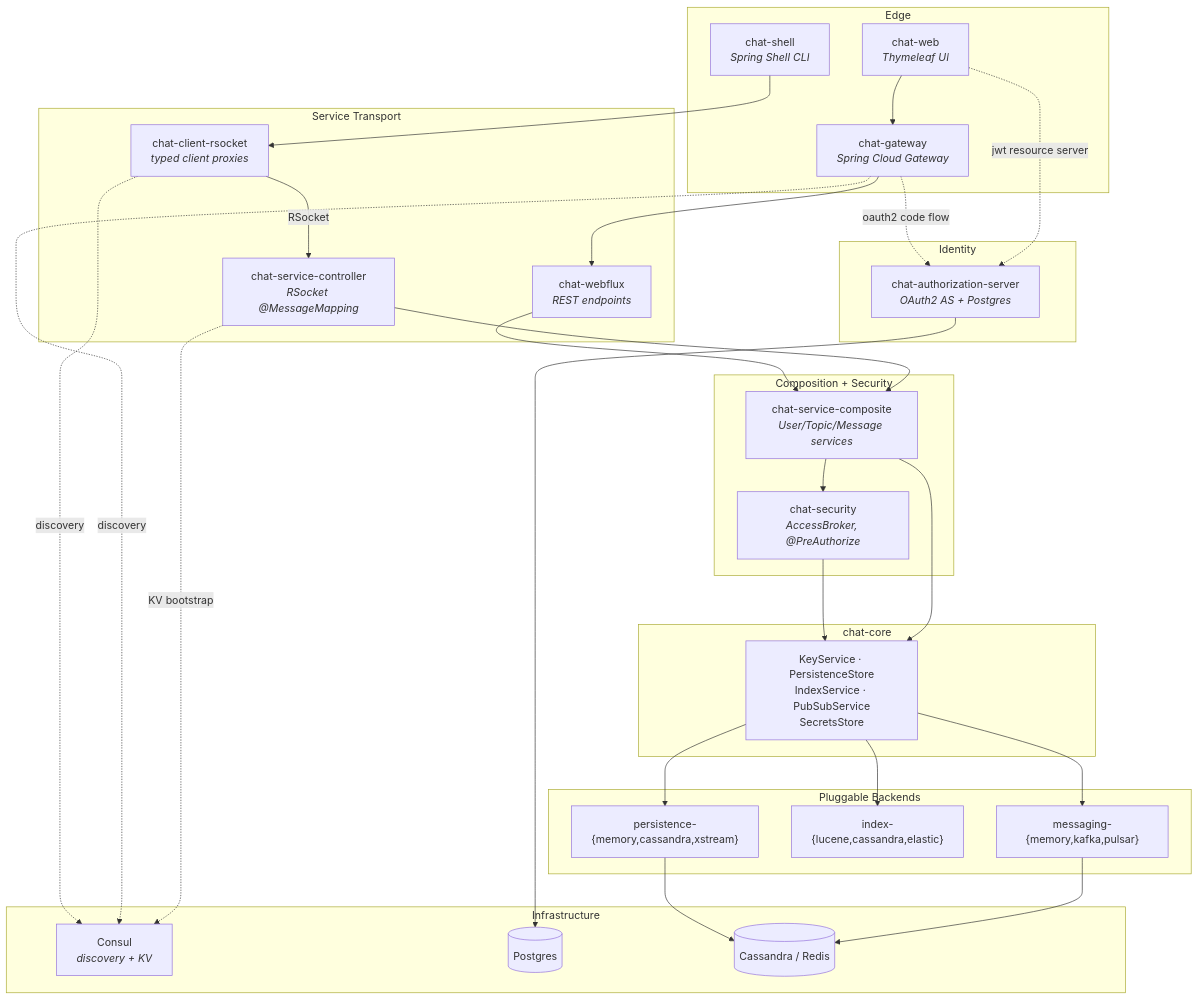
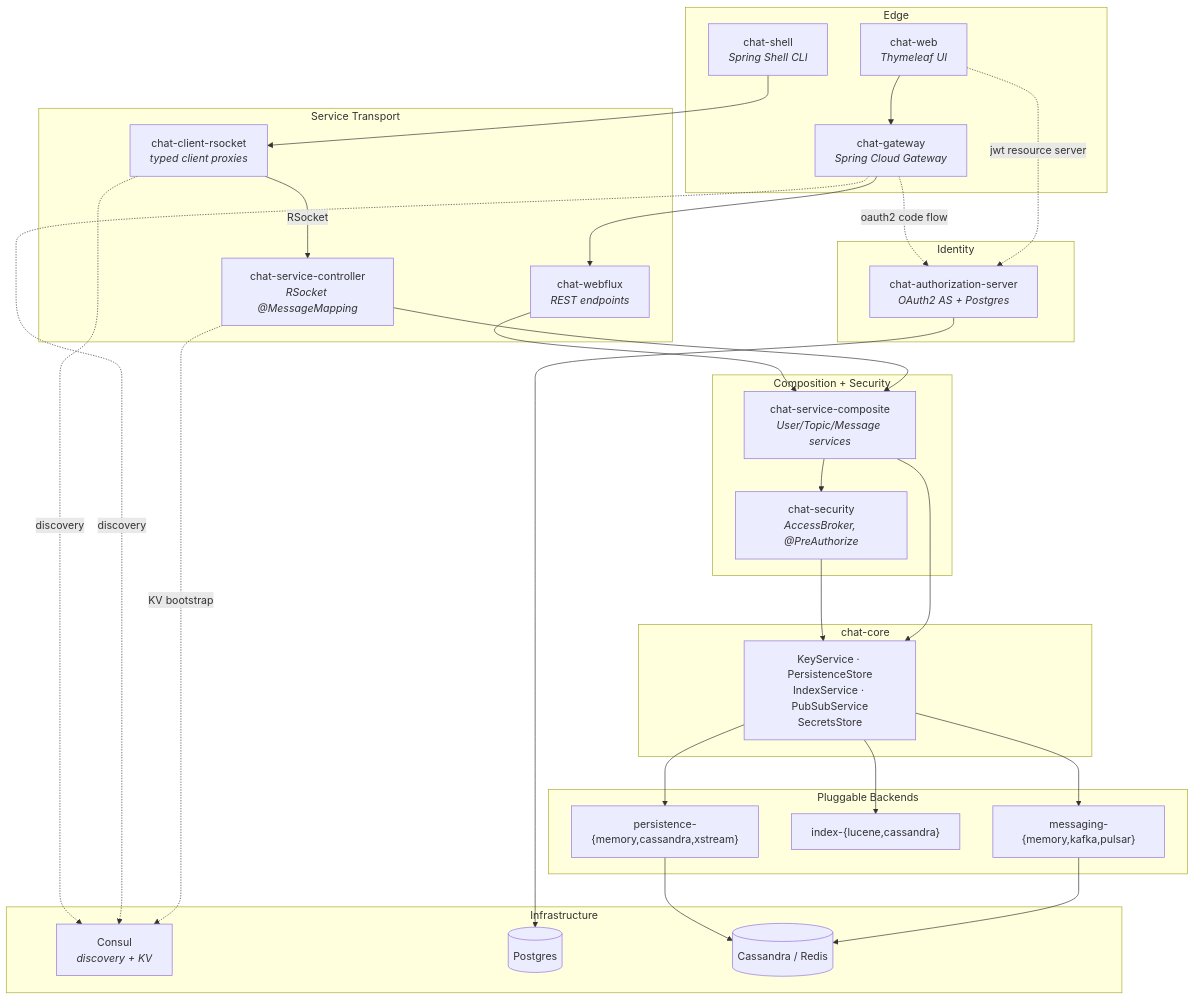
Before and after one commit to marios-code-path/demo-chat: the first of 5 diagrams in docs/ARCHITECTURE.md, drawn with Mermaid. The commit also changed other lines of this file and 11 other files, not shown here.

First line of the commit message:
refactor: remove chat-index-elastic (CHAT-zdqubyue)

````diff
--- a/docs/ARCHITECTURE.md
+++ b/docs/ARCHITECTURE.md
@@ -23,58 +23,58 @@
 ```mermaid
 flowchart TB
     subgraph edge["Edge"]
         GW["chat-gateway<br/><i>Spring Cloud Gateway</i>"]
         WEB["chat-web<br/><i>Thymeleaf UI</i>"]
         SH["chat-shell<br/><i>Spring Shell CLI</i>"]
     end
 
     subgraph auth["Identity"]
         AS["chat-authorization-server<br/><i>OAuth2 AS + Postgres</i>"]
     end
 
     subgraph transport["Service Transport"]
         RS["chat-service-controller<br/><i>RSocket @MessageMapping</i>"]
         WF["chat-webflux<br/><i>REST endpoints</i>"]
         CL["chat-client-rsocket<br/><i>typed client proxies</i>"]
     end
 
     subgraph logic["Composition + Security"]
         CS["chat-service-composite<br/><i>User/Topic/Message services</i>"]
         SEC["chat-security<br/><i>AccessBroker, @PreAuthorize</i>"]
     end
 
     subgraph core["chat-core"]
         API["KeyService · PersistenceStore<br/>IndexService · PubSubService<br/>SecretsStore"]
     end
 
     subgraph backends["Pluggable Backends"]
         P["persistence-{memory,cassandra,xstream}"]
-        I["index-{lucene,cassandra,elastic}"]
+        I["index-{lucene,cassandra}"]
         M["messaging-{memory,kafka,pulsar}"]
     end
 
     subgraph infra["Infrastructure"]
         CONSUL["Consul<br/><i>discovery + KV</i>"]
         PG[("Postgres")]
         STORE[("Cassandra / Redis")]
     end
 
     WEB --> GW
     SH --> CL
     GW --> WF
     GW -.oauth2 code flow.-> AS
     WEB -.jwt resource server.-> AS
     CL -->|RSocket| RS
     WF --> CS
     RS --> CS
     CS --> SEC
     SEC --> API
     CS --> API
     API --> P & I & M
     P --> STORE
     M --> STORE
     AS --> PG
     CL -.discovery.-> CONSUL
     GW -.discovery.-> CONSUL
     RS -.KV bootstrap.-> CONSUL
 ```
````
